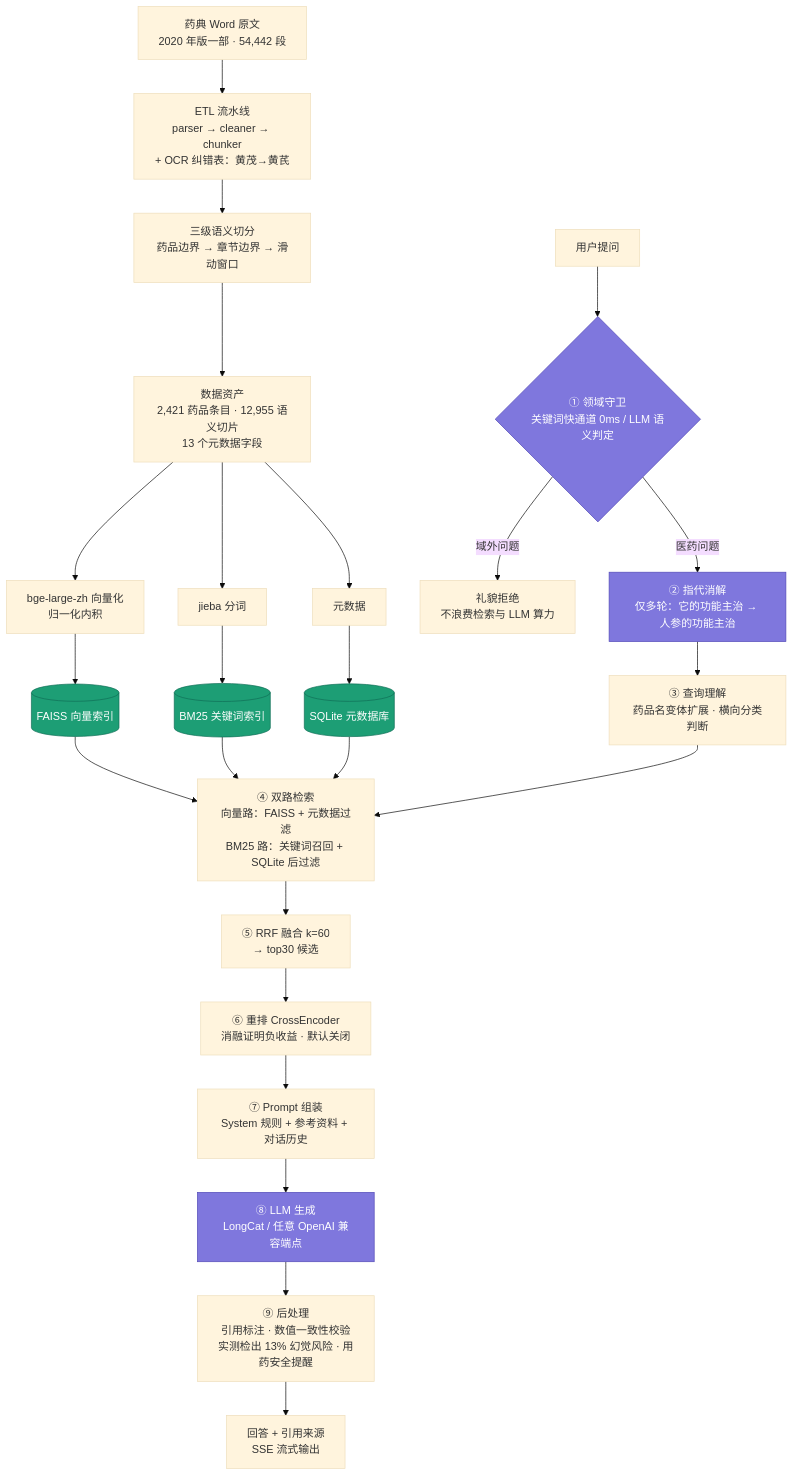
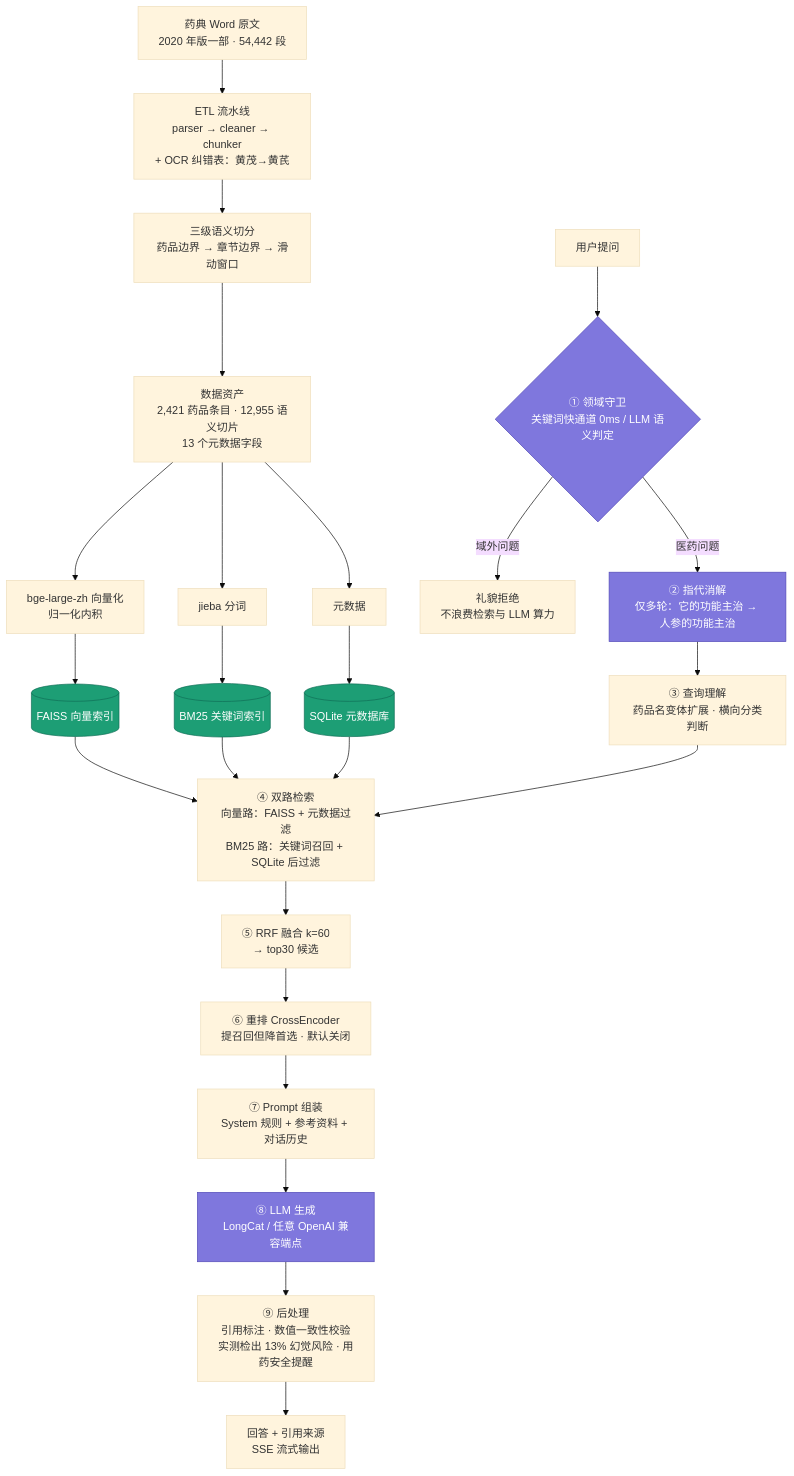
One commit to qiz7z/RAG-ChineseMedicine-QA changed the first of 2 diagrams in README.md. Above: the diagram before and after it, drawn with Mermaid (base theme). The commit also changed other lines of this file, not shown here.

````diff
--- a/README.md
+++ b/README.md
@@ -13,36 +13,36 @@
 ```mermaid
 flowchart TD
     A["药典 Word 原文<br>2020 年版一部 · 54,442 段"] --> B["ETL 流水线<br>parser → cleaner → chunker<br>+ OCR 纠错表：黄茂→黄芪"]
     B --> C["三级语义切分<br>药品边界 → 章节边界 → 滑动窗口"]
     C --> D["数据资产<br>2,421 药品条目 · 12,955 语义切片<br>13 个元数据字段"]
 
     D --> E["bge-large-zh 向量化<br>归一化内积"]
     D --> F["jieba 分词"]
     D --> G["元数据"]
 
     E --> H[("FAISS 向量索引")]
     F --> I[("BM25 关键词索引")]
     G --> J[("SQLite 元数据库")]
 
     K["用户提问"] --> L{"① 领域守卫<br>关键词快通道 0ms / LLM 语义判定"}
     L -->|域外问题| M["礼貌拒绝<br>不浪费检索与 LLM 算力"]
     L -->|医药问题| N["② 指代消解<br>仅多轮：它的功能主治 → 人参的功能主治"]
     N --> O["③ 查询理解<br>药品名变体扩展 · 横向分类判断"]
     O --> P["④ 双路检索<br>向量路：FAISS + 元数据过滤<br>BM25 路：关键词召回 + SQLite 后过滤"]
     H --> P
     I --> P
     J --> P
     P --> Q["⑤ RRF 融合 k=60<br>→ top30 候选"]
-    Q --> R["⑥ 重排 CrossEncoder<br>消融证明负收益 · 默认关闭"]
+    Q --> R["⑥ 重排 CrossEncoder<br>提召回但降首选 · 默认关闭"]
     R --> S["⑦ Prompt 组装<br>System 规则 + 参考资料 + 对话历史"]
     S --> T["⑧ LLM 生成<br>LongCat / 任意 OpenAI 兼容端点"]
     T --> U["⑨ 后处理<br>引用标注 · 数值一致性校验<br>实测检出 13% 幻觉风险 · 用药安全提醒"]
     U --> V["回答 + 引用来源<br>SSE 流式输出"]
 
     style L fill:#7F77DD,stroke:#534AB7,color:#fff
     style N fill:#7F77DD,stroke:#534AB7,color:#fff
     style T fill:#7F77DD,stroke:#534AB7,color:#fff
     style H fill:#1D9E75,stroke:#0F6E56,color:#fff
     style I fill:#1D9E75,stroke:#0F6E56,color:#fff
     style J fill:#1D9E75,stroke:#0F6E56,color:#fff
 ```
````
